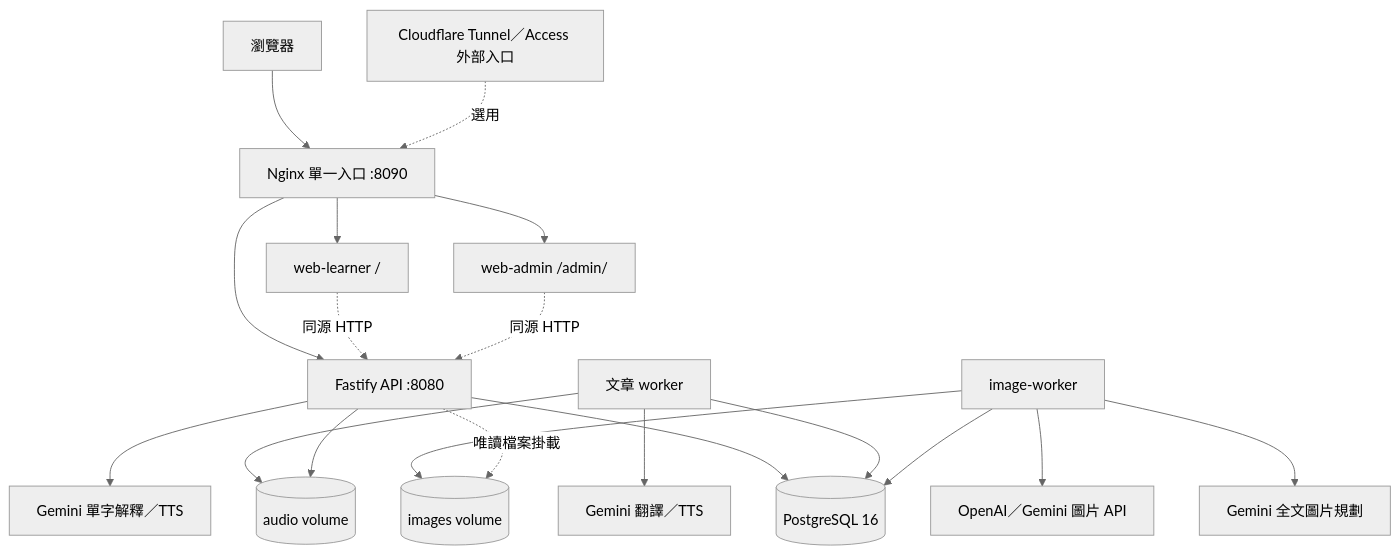
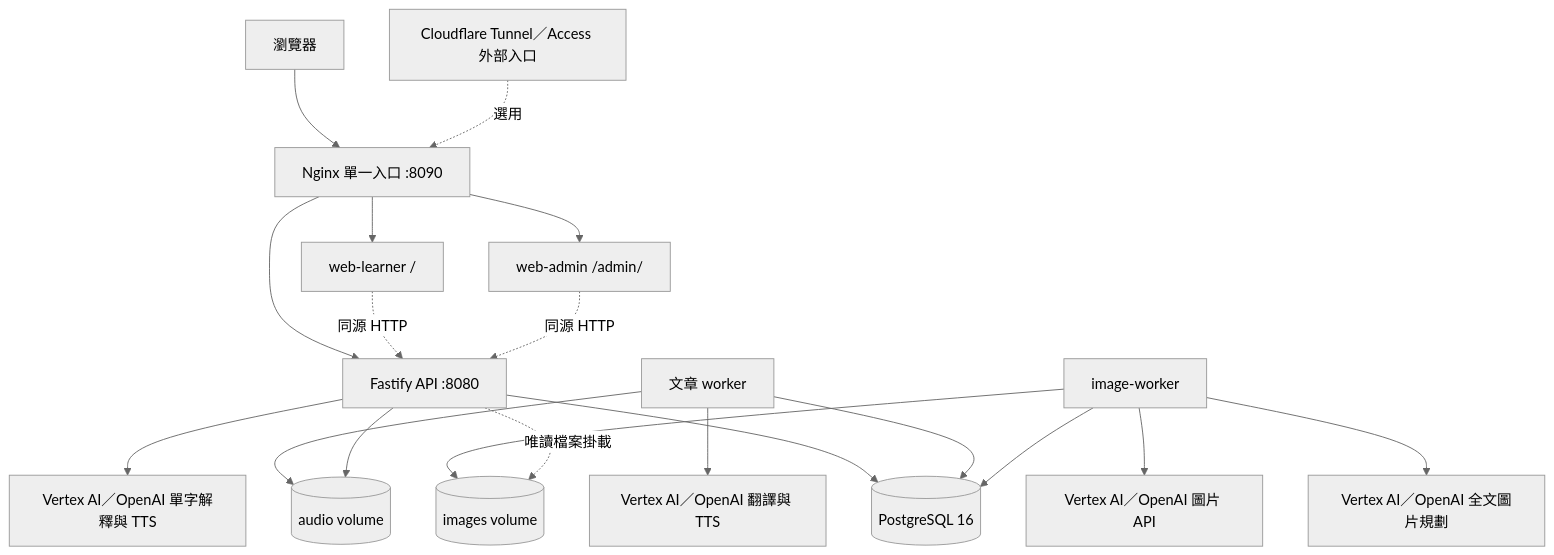
The first of 2 diagrams in docs/codebase-architecture.md (smilejos/EnglishLearning), drawn with Mermaid (neutral theme) before and after one commit. The commit also changed other lines of this file and 57 other files, not shown here.

````diff
--- a/docs/codebase-architecture.md
+++ b/docs/codebase-architecture.md
@@ -31,21 +31,21 @@
 ```mermaid
 flowchart TD
     Browser[瀏覽器] --> Proxy[Nginx 單一入口 :8090]
     Tunnel[Cloudflare Tunnel／Access 外部入口] -. 選用 .-> Proxy
     Proxy --> Learner[web-learner /]
     Proxy --> Admin[web-admin /admin/]
     Proxy --> API[Fastify API :8080]
     Learner -. 同源 HTTP .-> API
     Admin -. 同源 HTTP .-> API
     API --> DB[(PostgreSQL 16)]
     Worker[文章 worker] --> DB
     ImageWorker[image-worker] --> DB
-    Worker --> Gemini[Gemini 翻譯／TTS]
-    API --> Explain[Gemini 單字解釋／TTS]
-    ImageWorker --> Planner[Gemini 全文圖片規劃]
-    ImageWorker --> ImageAPI[OpenAI／Gemini 圖片 API]
+    Worker --> TextSpeech[Vertex AI／OpenAI 翻譯與 TTS]
+    API --> Explain[Vertex AI／OpenAI 單字解釋與 TTS]
+    ImageWorker --> Planner[Vertex AI／OpenAI 全文圖片規劃]
+    ImageWorker --> ImageAPI[Vertex AI／OpenAI 圖片 API]
     Worker --> Audio[(audio volume)]
     API --> Audio
     ImageWorker --> Images[(images volume)]
     API -. 唯讀檔案掛載 .-> Images
 ```
````
